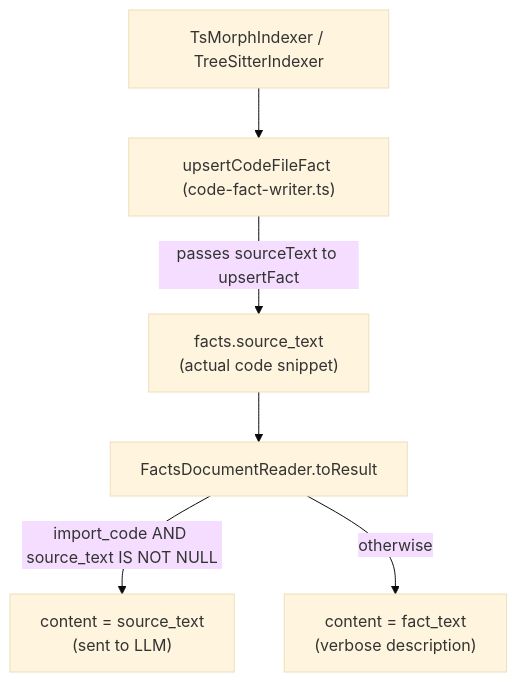
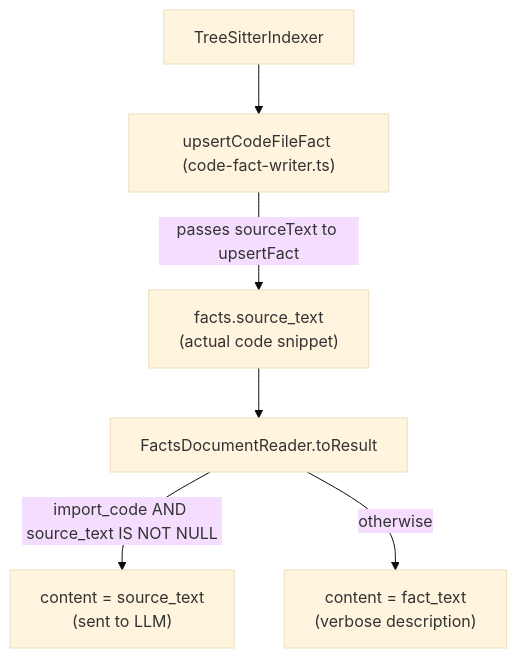
The diagram in src/core/AST_SOURCE_TEXT.md (rosenjcb/kb), drawn with Mermaid (base theme) before and after one commit. The commit also changed other lines of this file and 20 other files, not shown here.

````diff
--- a/src/core/AST_SOURCE_TEXT.md
+++ b/src/core/AST_SOURCE_TEXT.md
@@ -20,8 +20,8 @@
 ```mermaid
 flowchart TD
-  IDX["TsMorphIndexer / TreeSitterIndexer"] --> W["upsertCodeFileFact (code-fact-writer.ts)"]
+  IDX["TreeSitterIndexer"] --> W["upsertCodeFileFact (code-fact-writer.ts)"]
   W -- "passes sourceText to upsertFact" --> ST["facts.source_text<br/>(actual code snippet)"]
   ST --> R["FactsDocumentReader.toResult"]
   R -- "import_code AND source_text IS NOT NULL" --> C1["content = source_text<br/>(sent to LLM)"]
   R -- otherwise --> C2["content = fact_text<br/>(verbose description)"]
 ```
````
